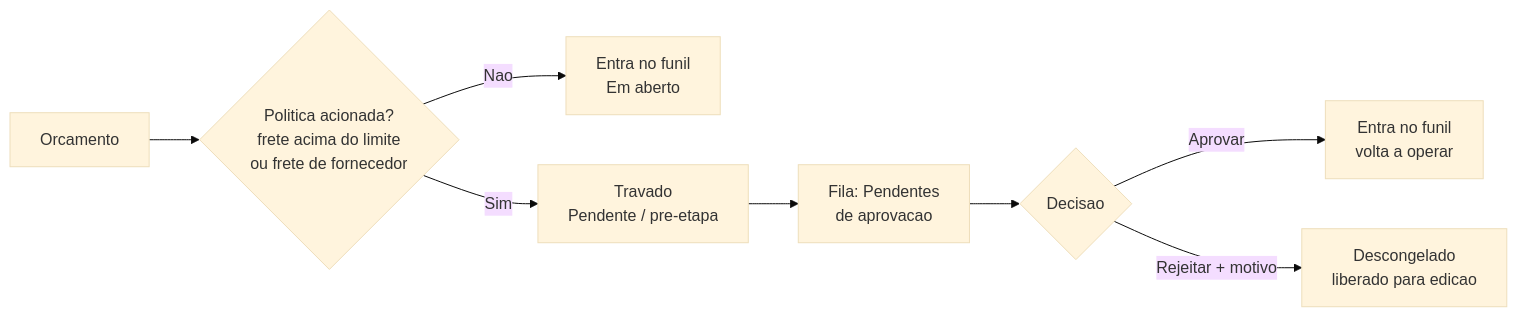
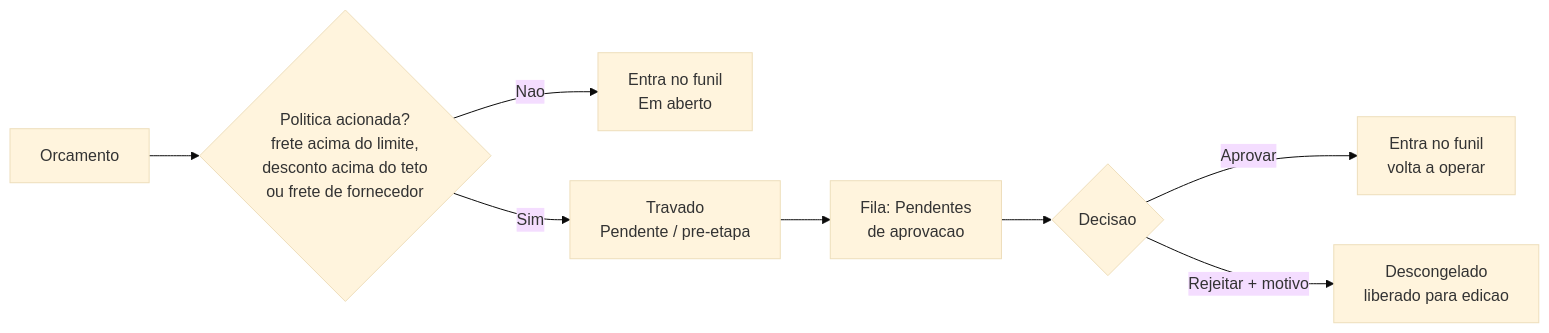
One commit to LocFlowTeam/locflow-docs changed the diagram in orcamentos/aprovacao.md. Above: the diagram before and after it, drawn with Mermaid (base theme). The commit also changed other lines of this file and 16 other files, not shown here.

````diff
--- a/orcamentos/aprovacao.md
+++ b/orcamentos/aprovacao.md
@@ -85,10 +108,10 @@
 ```mermaid
 flowchart LR
-    A[Orcamento] --> B{Politica acionada?<br/>frete acima do limite<br/>ou frete de fornecedor}
+    A[Orcamento] --> B{Politica acionada?<br/>frete acima do limite,<br/>desconto acima do teto<br/>ou frete de fornecedor}
     B -->|Nao| N[Entra no funil<br/>Em aberto]
     B -->|Sim| P[Travado<br/>Pendente / pre-etapa]
     P --> F[Fila: Pendentes<br/>de aprovacao]
     F --> D{Decisao}
     D -->|Aprovar| AP[Entra no funil<br/>volta a operar]
     D -->|Rejeitar + motivo| RJ[Descongelado<br/>liberado para edicao]
 ```
````
